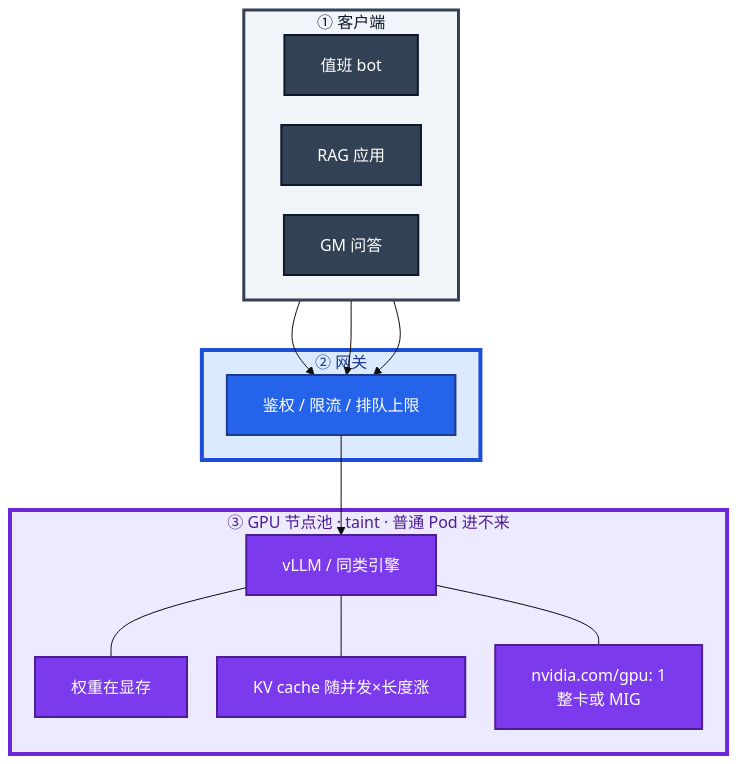
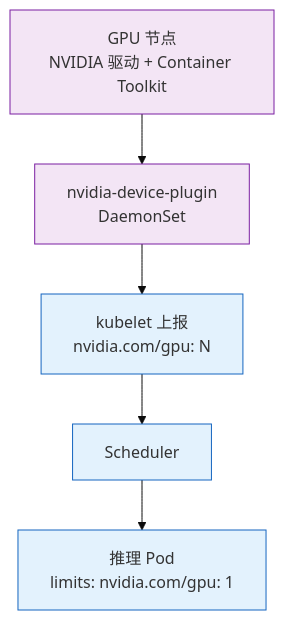
The first of 6 diagrams in 09-AI与智能运维/08-GPU与推理服务运维/知识点.md (ml-cuizijun/LearnToLilith), drawn with Mermaid before and after one commit. The commit also changed other lines of this file and 213 other files, not shown here.

````diff
--- a/09-AI与智能运维/08-GPU与推理服务运维/知识点.md
+++ b/09-AI与智能运维/08-GPU与推理服务运维/知识点.md
@@ -74,40 +43,17 @@
 ```mermaid
-%%{init: {"flowchart": {"padding": 18, "nodeSpacing": 30, "rankSpacing": 50}, "theme": "base"}}%%
+%%{init: {"theme": "base", "flowchart": {"padding": 16}}}%%
 flowchart TB
-    subgraph clients ["① 客户端"]
-        direction LR
-        bot[值班 bot]
-        rag[RAG 应用]
-        gm[GM 问答]
-    end
+    classDef k8s fill:#e3f2fd,stroke:#1565c0
+    classDef gpu fill:#f3e5f5,stroke:#7b1fa2
 
-    subgraph gw ["② 网关"]
-        auth[鉴权 / 限流 / 排队上限]
-    end
+    NP["GPU 节点<br/>NVIDIA 驱动 + Container Toolkit"]
+    DP["nvidia-device-plugin<br/>DaemonSet"]
+    KUBE["kubelet 上报<br/>nvidia.com/gpu: N"]
+    SCH["Scheduler"]
+    POD["推理 Pod<br/>limits: nvidia.com/gpu: 1"]
 
-    subgraph pool ["③ GPU 节点池 · taint · 普通 Pod 进不来"]
-        eng["vLLM / 同类引擎"]
-        w[权重在显存]
-        kv[KV cache 随并发×长度涨]
-        gpu["nvidia.com/gpu: 1<br/>整卡或 MIG"]
-        eng --- w
-        eng --- kv
-        eng --- gpu
-    end
+    NP --> DP --> KUBE --> SCH --> POD
 
-    bot --> auth
-    rag --> auth
-    gm --> auth
-    auth --> eng
-
-    classDef c fill:#334155,stroke:#0F172A,stroke-width:2px,color:#fff
-    classDef g fill:#2563EB,stroke:#1E3A8A,stroke-width:2px,color:#fff
-    classDef e fill:#7C3AED,stroke:#4C1D95,stroke-width:2px,color:#fff
-    class bot,rag,gm c
-    class auth g
-    class eng,w,kv,gpu e
-
-    style clients fill:#F1F5F9,stroke:#334155,stroke-width:3px,color:#0F172A
-    style gw fill:#DBEAFE,stroke:#1D4ED8,stroke-width:4px,color:#1E3A8A
-    style pool fill:#EDE9FE,stroke:#6D28D9,stroke-width:4px,color:#4C1D95
+    class NP,DP gpu
+    class KUBE,SCH,POD k8s
 ```
````
